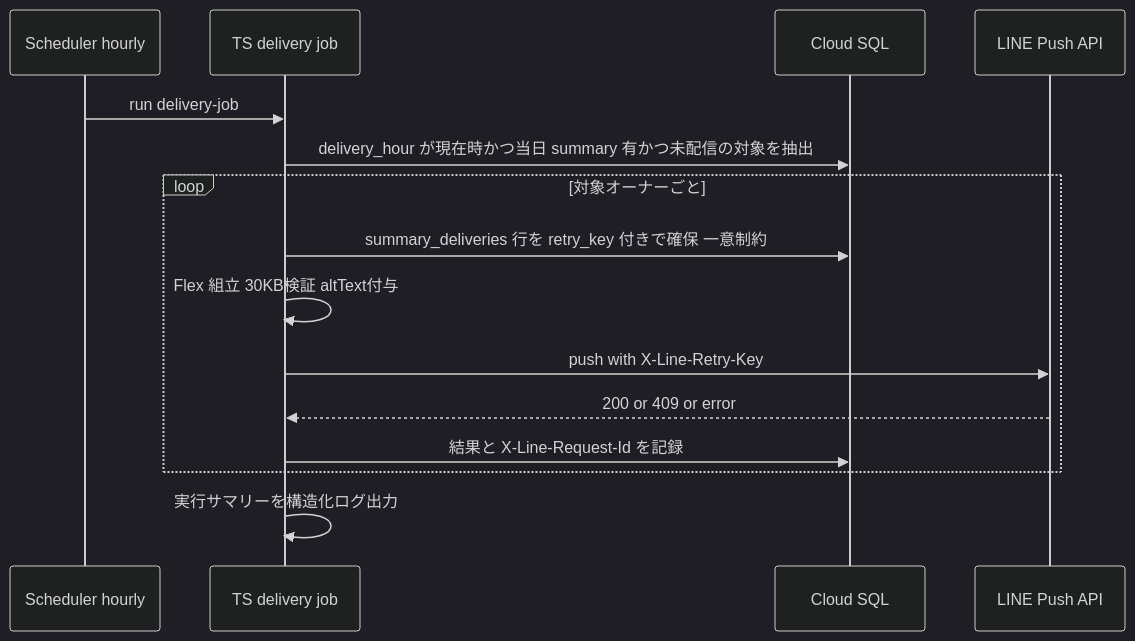
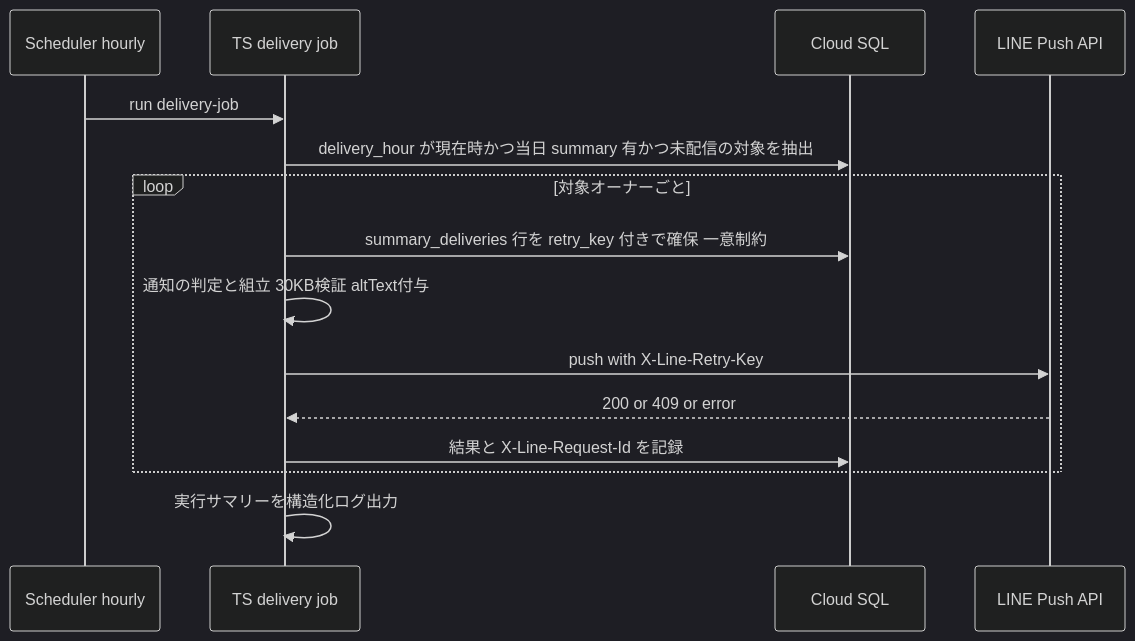
Before and after one commit to ManatoYamashita/fw-line-meo: the third of 3 diagrams in .kiro/specs/competitive-daily-summary/design.md, drawn with Mermaid (dark theme). The commit also changed other lines of this file and 16 other files, not shown here.

````diff
--- a/.kiro/specs/competitive-daily-summary/design.md
+++ b/.kiro/specs/competitive-daily-summary/design.md
@@ -190,17 +193,17 @@
 ```mermaid
 sequenceDiagram
     participant SC as Scheduler hourly
     participant DJ as TS delivery job
     participant DB as Cloud SQL
     participant LN as LINE Push API
     SC->>DJ: run delivery-job
     DJ->>DB: delivery_hour が現在時かつ当日 summary 有かつ未配信の対象を抽出
     loop 対象オーナーごと
         DJ->>DB: summary_deliveries 行を retry_key 付きで確保 一意制約
-        DJ->>DJ: Flex 組立 30KB検証 altText付与
+        DJ->>DJ: 通知の判定と組立 30KB検証 altText付与
         DJ->>LN: push with X-Line-Retry-Key
         LN-->>DJ: 200 or 409 or error
         DJ->>DB: 結果と X-Line-Request-Id を記録
     end
     DJ->>DJ: 実行サマリーを構造化ログ出力
 ```
````
